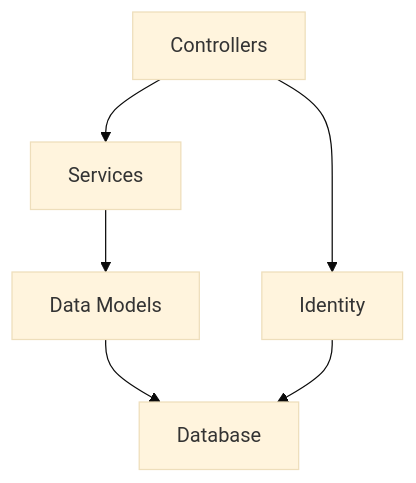
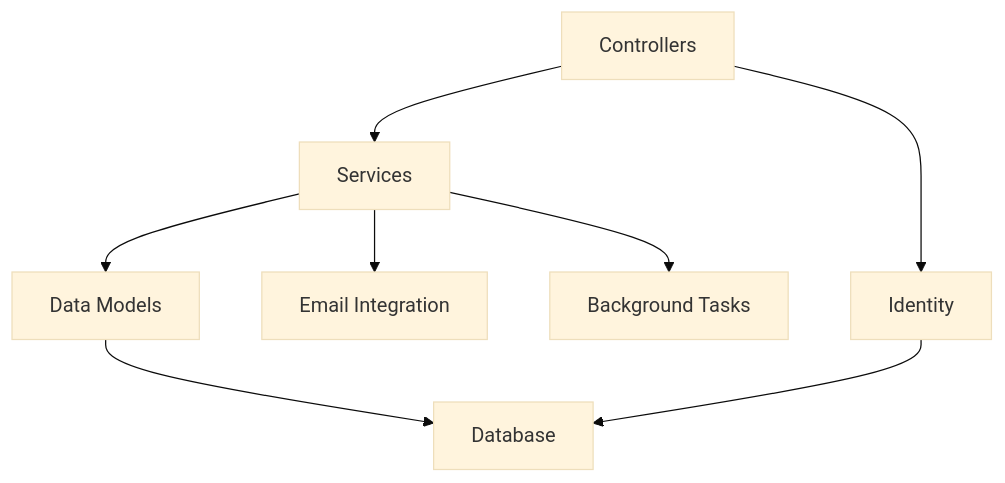
Before and after one commit to f8developer/FlightManager: the third of 3 diagrams in README.md, drawn with Mermaid (base theme). The commit also changed other lines of this file, not shown here.

````diff
--- a/README.md
+++ b/README.md
@@ -25,8 +52,10 @@
 ```mermaid
 graph TD
     A[Controllers] --> B[Services]
     B --> C[Data Models]
     C --> D[Database]
     A --> E[Identity]
     E --> D
+    B --> F[Email Integration]
+    B --> G[Background Tasks]
 ```
````
